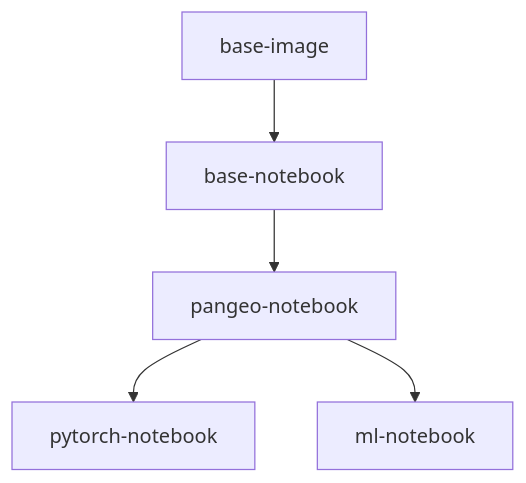
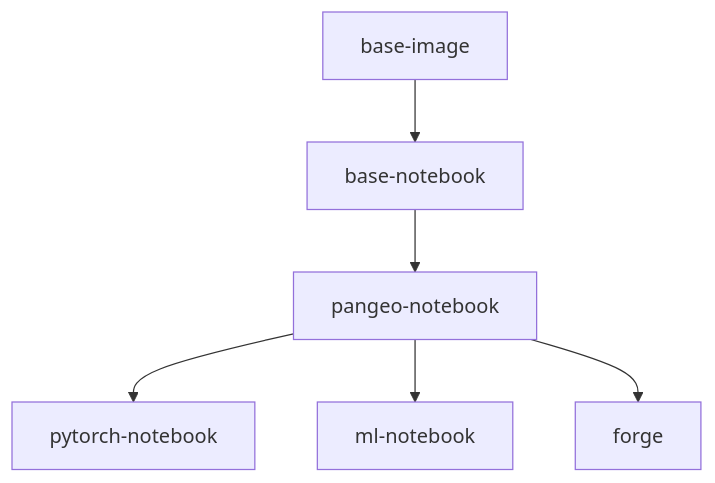
One commit to pangeo-data/pangeo-docker-images changed the diagram in README.md. Above: the diagram before and after it, drawn with Mermaid. The commit also changed other lines of this file, not shown here.

````diff
--- a/README.md
+++ b/README.md
@@ -21,12 +22,14 @@
 ```mermaid
 graph TD;
     base-image-->base-notebook;
     base-notebook-->pangeo-notebook;
     pangeo-notebook-->pytorch-notebook;
     pangeo-notebook-->ml-notebook;
+    pangeo-notebook-->forge;
     click base-image "https://hub.docker.com/r/pangeo/base-image" "Open this in a new tab" _blank
     click base-notebook "https://hub.docker.com/r/pangeo/base-notebook" "Open this in a new tab" _blank
     click pangeo-notebook "https://hub.docker.com/r/pangeo/pangeo-notebook" "Open this in a new tab" _blank
     click pytorch-notebook "https://hub.docker.com/r/pangeo/pytorch-notebook" "Open this in a new tab" _blank
     click ml-notebook "https://hub.docker.com/r/pangeo/ml-notebook" "Open this in a new tab" _blank
+    click forge "https://hub.docker.com/r/pangeo/forge" "Open this in a new tab" _blank
 ```
````
